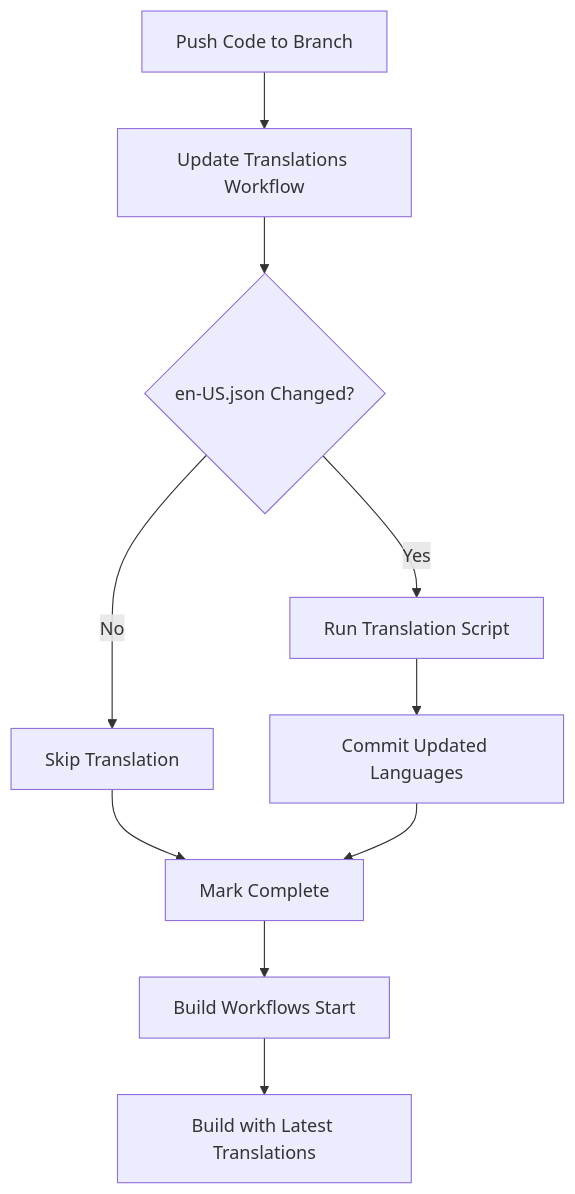
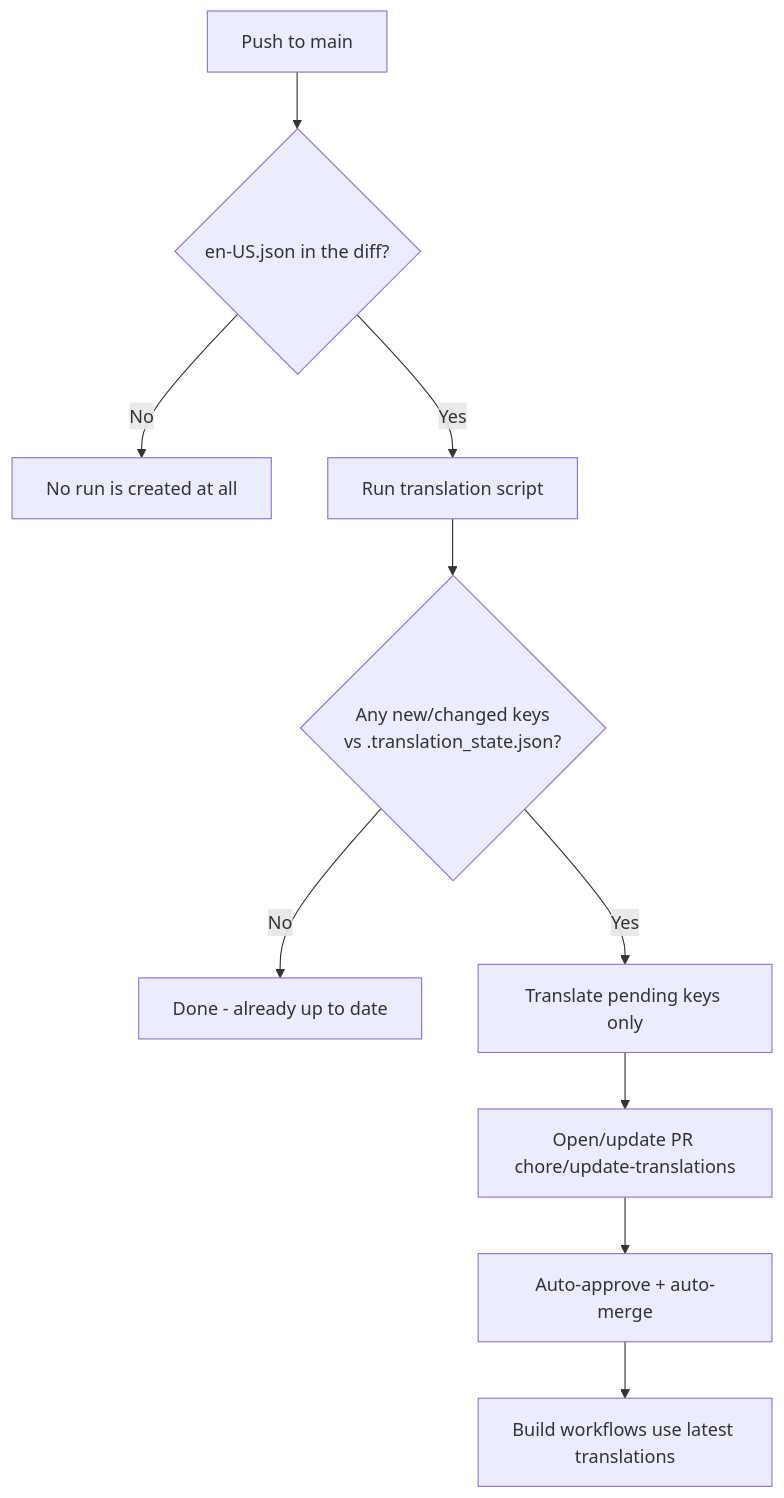
The diagram in scripts/translations/README.md (openobserve/openobserve), drawn with Mermaid before and after one commit. The commit also changed other lines of this file and 4 other files, not shown here.

Commit message:
npm update translation workflow change

````diff
--- a/scripts/translations/README.md
+++ b/scripts/translations/README.md
@@ -124,12 +148,12 @@
 ```mermaid
 graph TD
-    A[Push Code to Branch] --> B[Update Translations Workflow]
-    B --> C{en-US.json Changed?}
-    C -->|Yes| D[Run Translation Script]
-    C -->|No| E[Skip Translation]
-    D --> F[Commit Updated Languages]
-    E --> G[Mark Complete]
-    F --> G
-    G --> H[Build Workflows Start]
-    H --> I[Build with Latest Translations]
+    A[Push to main] --> C{en-US.json in the diff?}
+    C -->|No| E[No run is created at all]
+    C -->|Yes| D[Run translation script]
+    D --> F{Any new/changed keys<br/>vs .translation_state.json?}
+    F -->|No| G[Done - already up to date]
+    F -->|Yes| H[Translate pending keys only]
+    H --> I[Open/update PR chore/update-translations]
+    I --> J[Auto-approve + auto-merge]
+    J --> K[Build workflows use latest translations]
 ```
````
